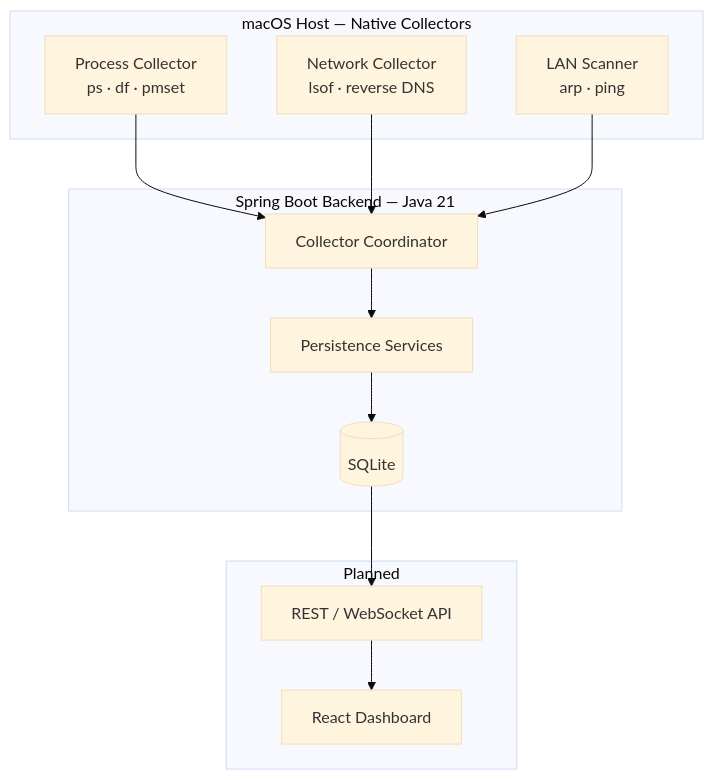
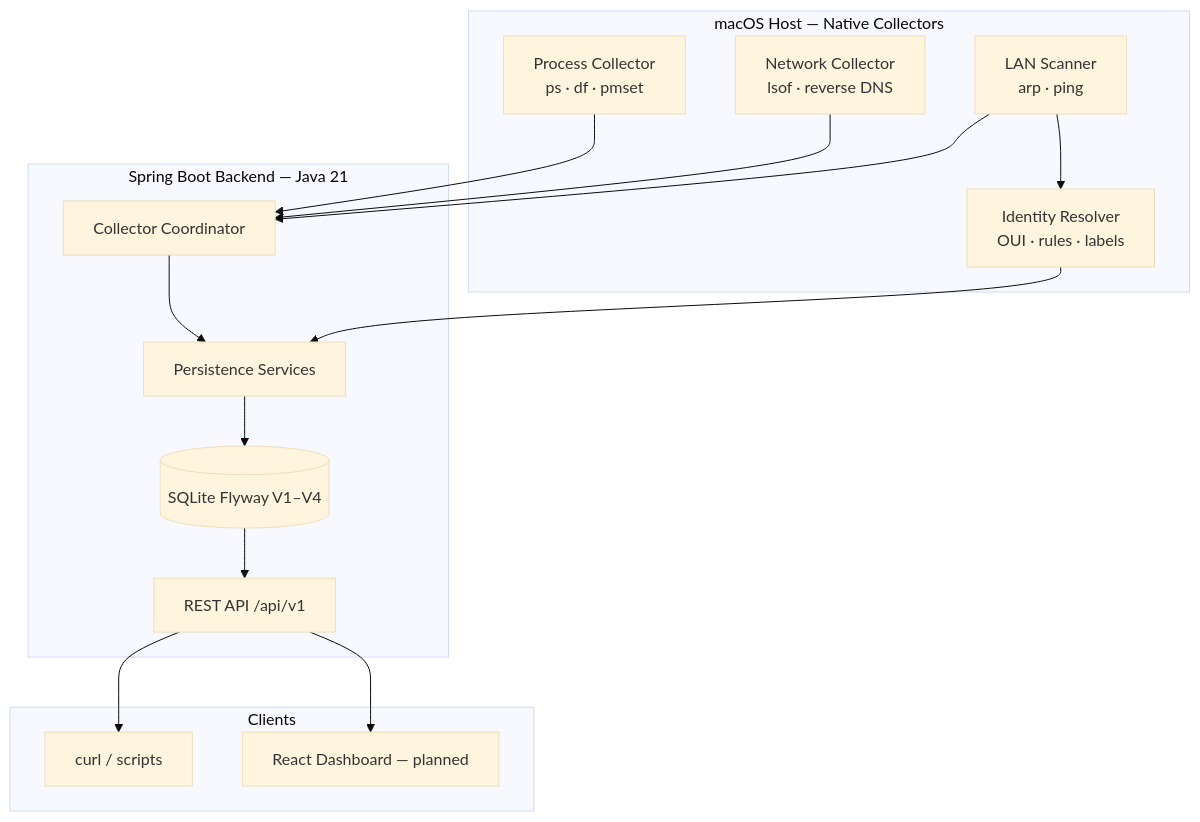
Before and after one commit to allaboina/jtracer: the diagram in README.md, drawn with Mermaid (base theme). The commit also changed other lines of this file and 45 other files, not shown here.

First line of the commit message:
Phases 5–6: device identity, REST health API, Docker/CORS.

````diff
--- a/README.md
+++ b/README.md
@@ -31,25 +35,30 @@
 ```mermaid
 flowchart TB
     subgraph host [macOS Host — Native Collectors]
         PS[Process Collector<br/>ps · df · pmset]
         LSOF[Network Collector<br/>lsof · reverse DNS]
         ARP[LAN Scanner<br/>arp · ping]
+        ID[Identity Resolver<br/>OUI · rules · labels]
     end
 
     subgraph backend [Spring Boot Backend — Java 21]
         COORD[Collector Coordinator]
         PERSIST[Persistence Services]
-        DB[(SQLite)]
+        DB[(SQLite Flyway V1–V4)]
+        API[REST API /api/v1]
     end
 
-    subgraph future [Planned]
-        API[REST / WebSocket API]
-        UI[React Dashboard]
+    subgraph clients [Clients]
+        CURL[curl / scripts]
+        UI[React Dashboard — planned]
     end
 
     PS --> COORD
     LSOF --> COORD
     ARP --> COORD
+    ARP --> ID --> PERSIST
     COORD --> PERSIST --> DB
-    DB --> API --> UI
+    DB --> API
+    API --> CURL
+    API --> UI
 ```
````
